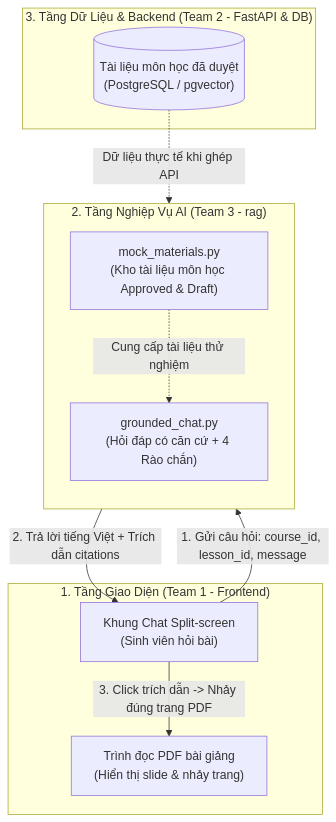
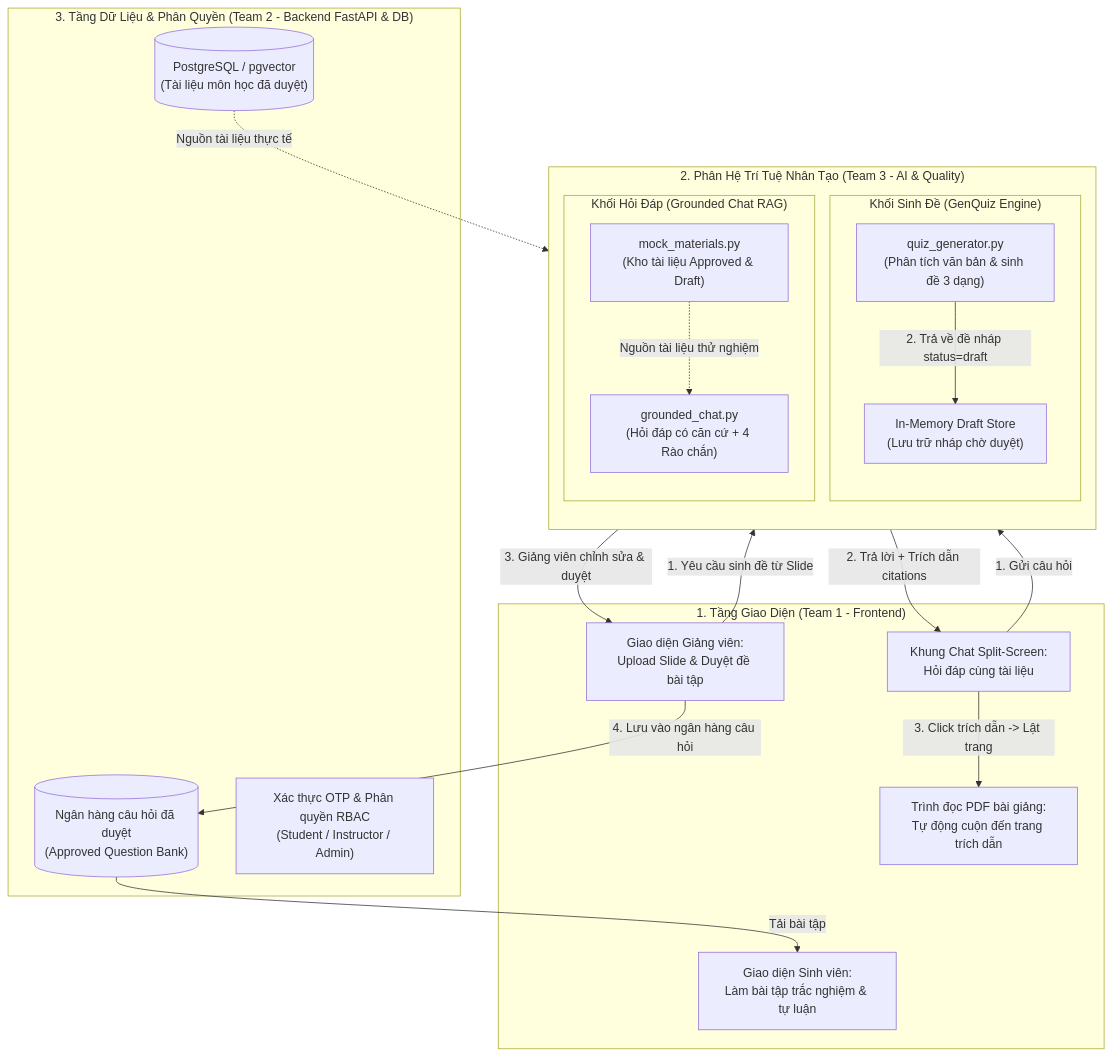
The first of 3 diagrams in rag/BAO_CAO_LUONG_VA_LOGIC.md (ngatt-17/Learning_Teaching), drawn with Mermaid before and after one commit. The commit also changed other lines of this file, not shown here.

Commit message:
docs(ai): update comprehensive logic and flow report for Team 3

````diff
--- a/rag/BAO_CAO_LUONG_VA_LOGIC.md
+++ b/rag/BAO_CAO_LUONG_VA_LOGIC.md
@@ -21,23 +30,44 @@
 ```mermaid
 flowchart TD
-    subgraph ClientLayer ["1. Tầng Giao Diện (Team 1 - Frontend)"]
-        UI_Chat["Khung Chat Split-screen\n(Sinh viên hỏi bài)"]
-        UI_PDF["Trình đọc PDF bài giảng\n(Hiển thị slide & nhảy trang)"]
+    subgraph FE ["1. Tầng Giao Diện (Team 1 - Frontend)"]
+        UI_GV["Giao diện Giảng viên:\nUpload Slide & Duyệt đề bài tập"]
+        UI_Chat["Khung Chat Split-Screen:\nHỏi đáp cùng tài liệu"]
+        UI_PDF["Trình đọc PDF bài giảng:\nTự động cuộn đến trang trích dẫn"]
+        UI_Quiz["Giao diện Sinh viên:\nLàm bài tập trắc nghiệm & tự luận"]
     end
 
-    subgraph ServiceLayer ["2. Tầng Nghiệp Vụ AI (Team 3 - rag)"]
+    subgraph AI_Engine ["2. Phân Hệ Trí Tuệ Nhân Tạo (Team 3 - AI & Quality)"]
         direction TB
-        GC["grounded_chat.py\n(Hỏi đáp có căn cứ + 4 Rào chắn)"]
-        DATA["mock_materials.py\n(Kho tài liệu môn học Approved & Draft)"]
+        subgraph Quiz_Module ["Khối Sinh Đề (GenQuiz Engine)"]
+            QG["quiz_generator.py\n(Phân tích văn bản & sinh đề 3 dạng)"]
+            QD["In-Memory Draft Store\n(Lưu trữ nháp chờ duyệt)"]
+        end
+        
+        subgraph Chat_Module ["Khối Hỏi Đáp (Grounded Chat RAG)"]
+            GC["grounded_chat.py\n(Hỏi đáp có căn cứ + 4 Rào chắn)"]
+            MAT["mock_materials.py\n(Kho tài liệu Approved & Draft)"]
+        end
     end
 
-    subgraph BackendLayer ["3. Tầng Dữ Liệu & Backend (Team 2 - FastAPI & DB)"]
-        DB_Course[("Tài liệu môn học đã duyệt\n(PostgreSQL / pgvector)")]
+    subgraph BE ["3. Tầng Dữ Liệu & Phân Quyền (Team 2 - Backend FastAPI & DB)"]
+        DB_Course[("PostgreSQL / pgvector\n(Tài liệu môn học đã duyệt)")]
+        DB_Bank[("Ngân hàng câu hỏi đã duyệt\n(Approved Question Bank)")]
+        AUTH["Xác thực OTP & Phân quyền RBAC\n(Student / Instructor / Admin)"]
     end
 
-    UI_Chat -->|1. Gửi câu hỏi: course_id, lesson_id, message| GC
-    DATA -.->|Cung cấp tài liệu thử nghiệm| GC
-    DB_Course -.->|Dữ liệu thực tế khi ghép API| GC
-    GC -->|2. Trả lời tiếng Việt + Trích dẫn citations| UI_Chat
-    UI_Chat -->|3. Click trích dẫn -> Nhảy đúng trang PDF| UI_PDF
+    %% Luồng Giảng viên tạo đề
+    UI_GV -->|1. Yêu cầu sinh đề từ Slide| QG
+    QG -->|2. Trả về đề nháp status=draft| QD
+    QD -->|3. Giảng viên chỉnh sửa & duyệt| UI_GV
+    UI_GV -->|4. Lưu vào ngân hàng câu hỏi| DB_Bank
+
+    %% Luồng Sinh viên hỏi bài
+    UI_Chat -->|1. Gửi câu hỏi| GC
+    MAT -.->|Nguồn tài liệu thử nghiệm| GC
+    DB_Course -.->|Nguồn tài liệu thực tế| GC
+    GC -->|2. Trả lời + Trích dẫn citations| UI_Chat
+    UI_Chat -->|3. Click trích dẫn -> Lật trang| UI_PDF
+
+    %% Luồng Sinh viên làm bài
+    DB_Bank -->|Tải bài tập| UI_Quiz
 ```
````
